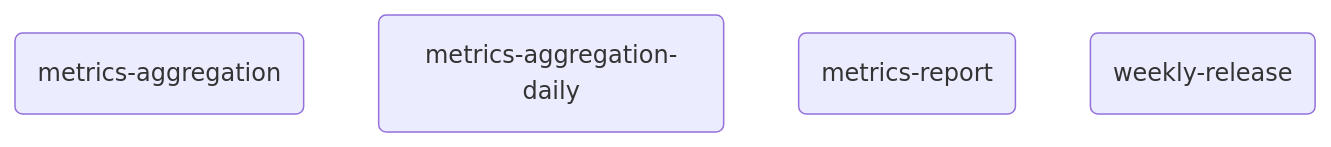
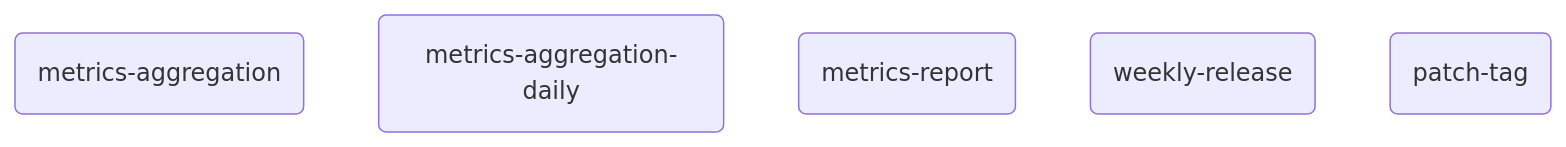
Before and after one commit to M-A-Operating-System/ai-coding-standards2: the diagram in docs/product/orchestrator/generated/phases/05_continuous.mmd, drawn with Mermaid. The commit also changed 4 other files, not shown here.

Commit message:
chore: regenerate pipeline diagrams

```diff
--- a/docs/product/orchestrator/generated/phases/05_continuous.mmd
+++ b/docs/product/orchestrator/generated/phases/05_continuous.mmd
@@ -1,5 +1,6 @@
 flowchart TD
     n_05_continuous__metrics_aggregation("metrics-aggregation")
     n_05_continuous__metrics_aggregation_daily("metrics-aggregation-daily")
     n_05_continuous__metrics_report("metrics-report")
     n_05_continuous__weekly_release("weekly-release")
+    n_05_continuous__pr__patch_tag("patch-tag")
```
